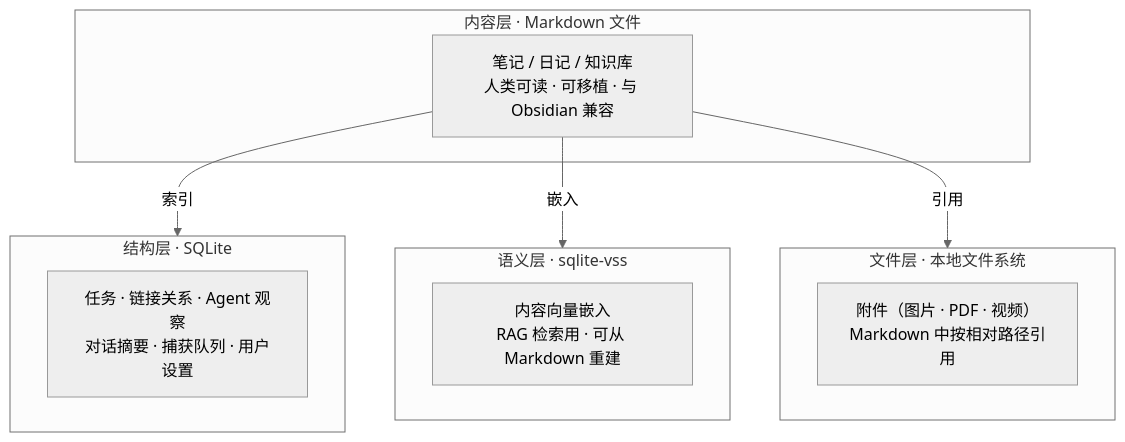
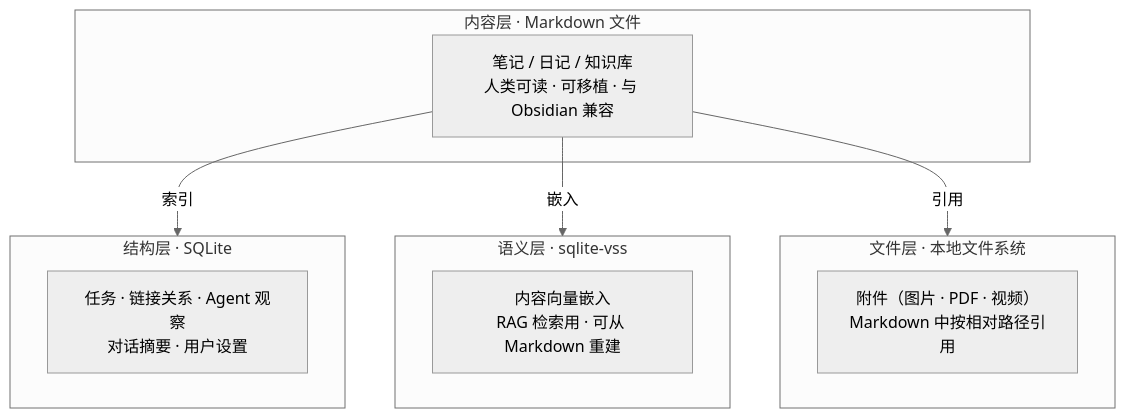
Before and after one commit to zhuxining/MindClaw: the fifth of 14 diagrams in docs/design/PRD.md, drawn with Mermaid (neutral theme). The commit also changed other lines of this file and 9 other files, not shown here.

First line of the commit message:
docs: remove capture subsystem, add agent hooks/skills/pipeline architecture

````diff
--- a/docs/design/PRD.md
+++ b/docs/design/PRD.md
@@ -196,18 +196,18 @@
 ```mermaid
 graph TD
     subgraph C["内容层 · Markdown 文件"]
         MD["笔记 / 日记 / 知识库<br>人类可读 · 可移植 · 与 Obsidian 兼容"]
     end
     subgraph S["结构层 · SQLite"]
-        DB["任务 · 链接关系 · Agent 观察<br>对话摘要 · 捕获队列 · 用户设置"]
+        DB["任务 · 链接关系 · Agent 观察<br>对话摘要 · 用户设置"]
     end
     subgraph V["语义层 · sqlite-vss"]
         VEC["内容向量嵌入<br>RAG 检索用 · 可从 Markdown 重建"]
     end
     subgraph F["文件层 · 本地文件系统"]
         ATT["附件（图片 · PDF · 视频）<br>Markdown 中按相对路径引用"]
     end
     MD -->|索引| S
     MD -->|嵌入| V
     MD -->|引用| F
 ```
````
